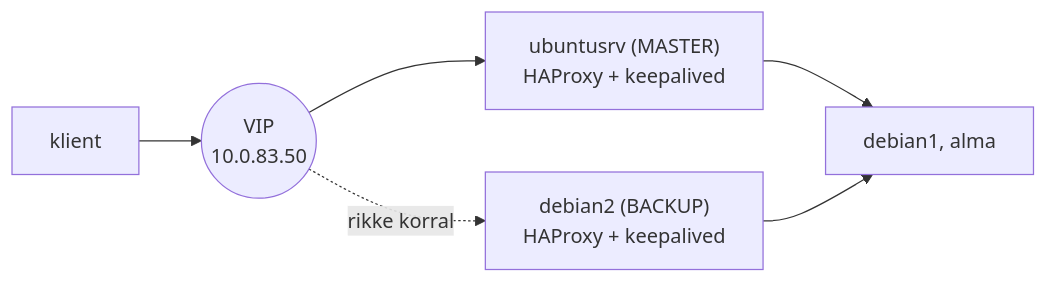
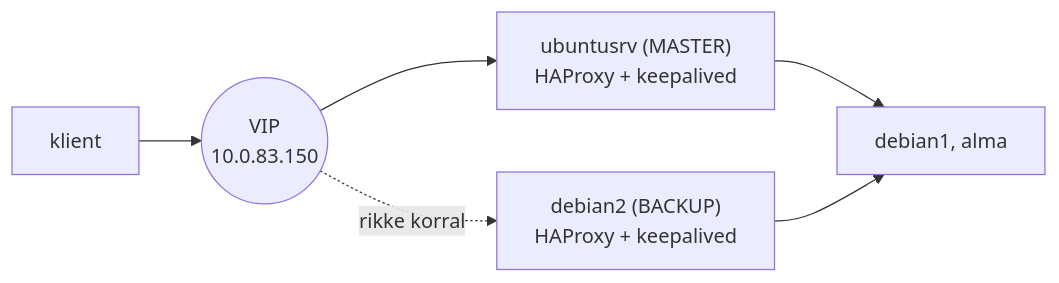
The third of 3 diagrams in docs/moodul-15-veebiserverid/index.md (rainkoor/linux-kursus), drawn with Mermaid before and after one commit. The commit also changed other lines of this file and 57 other files, not shown here.

````diff
--- a/docs/moodul-15-veebiserverid/index.md
+++ b/docs/moodul-15-veebiserverid/index.md
@@ -551,8 +554,8 @@
 ```mermaid
 flowchart LR
-    K["klient"] --> VIP(("VIP<br>10.0.83.50"))
+    K["klient"] --> VIP(("VIP<br>10.0.83.150"))
     VIP --> M["ubuntusrv (MASTER)<br>HAProxy + keepalived"]
     VIP -. "rikke korral" .-> B["debian2 (BACKUP)<br>HAProxy + keepalived"]
     M --> T["debian1, alma"]
     B --> T
 ```
````
